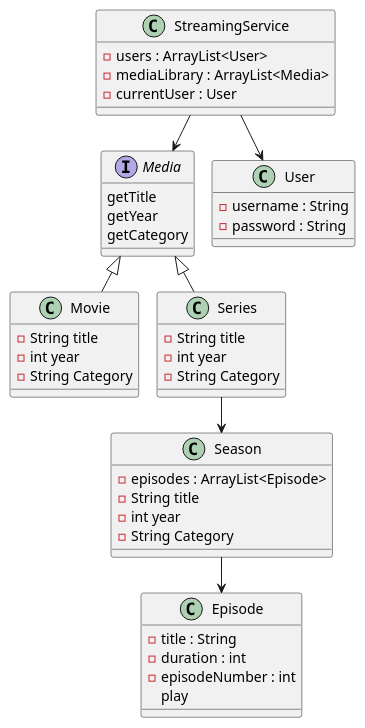
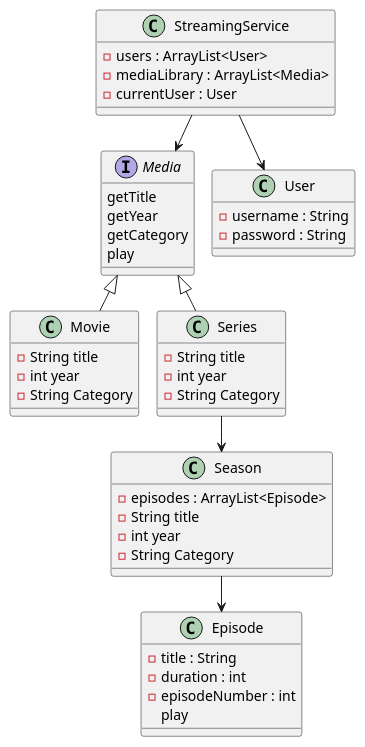
One commit to Britzgrank1/SP3 changed the diagram in doc/Classdiagram.puml. Above: the diagram before and after it, drawn with PlantUML. The commit also changed 4 other files, not shown here.

```diff
--- a/doc/Classdiagram.puml
+++ b/doc/Classdiagram.puml
@@ -1,61 +1,62 @@
 @startuml
 !pragma layout smetana
 
 class StreamingService {
     - users : ArrayList<User>
     - mediaLibrary : ArrayList<Media>
     - currentUser : User
 }
 
 Interface Media {
     getTitle
       getYear
       getCategory
+      play
 }
 
 class Movie {
    -String title
       -int year
       -String Category
 }
 
 class Series {
    -String title
    -int year
    -String Category
 }
 
 class Season {
     - episodes : ArrayList<Episode>
      -String title
      -int year
      -String Category
 }
 
 class Episode {
     - title : String
     - duration : int
     - episodeNumber : int
     play
 }
 
 class User {
     - username : String
     - password : String
 }
 
 
 'Relationer'
 
 StreamingService  -->  User
 StreamingService  --> Media
 
 
 Media <|-- Movie
 Media <|-- Series
 
 Series  -->  Season
 Season  -->  Episode
 
 
 @enduml
```
